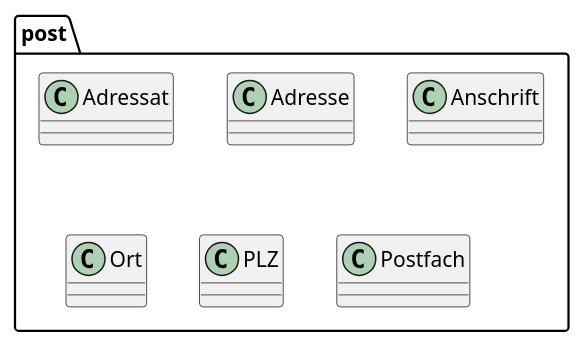
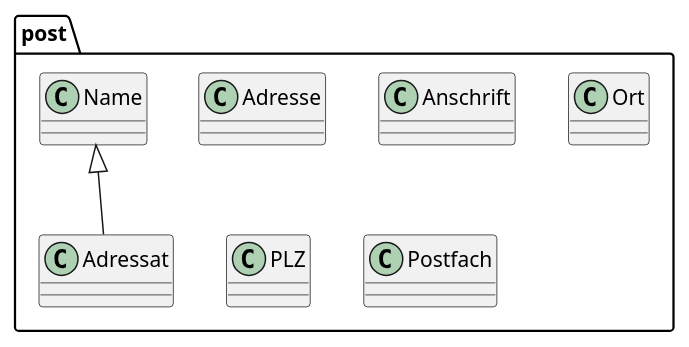
One commit to oboehm/jfachwert changed the diagram in src/main/asciidoc/images/package-post.puml. Above: the diagram before and after it, drawn with PlantUML. The commit also changed 1 other file, not shown here.

```diff
--- a/src/main/asciidoc/images/package-post.puml
+++ b/src/main/asciidoc/images/package-post.puml
@@ -1,14 +1,17 @@
 @startuml
 
 package "post" {
 
     class Adressat
     class Adresse
     class Anschrift
     class Ort
     class PLZ
     class Postfach
+    class Name
 
 }
 
+Name <|-- Adressat
+
 @enduml
```
